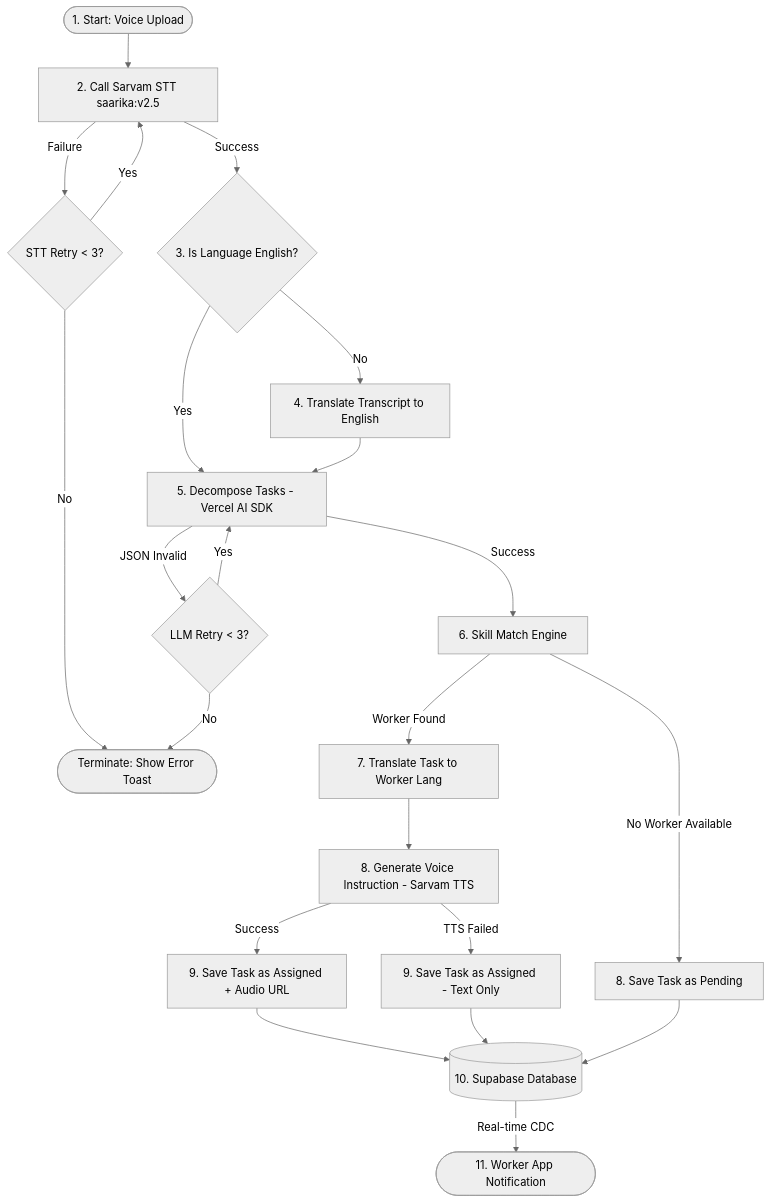
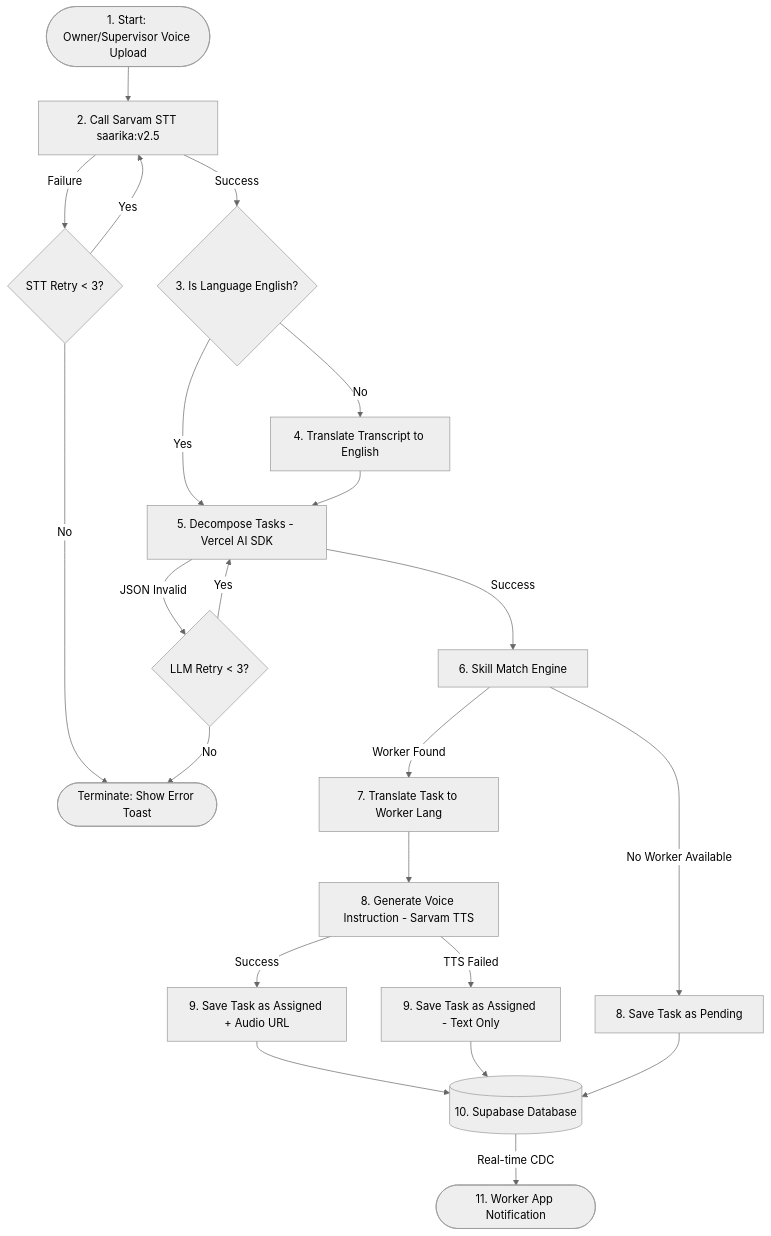
One commit to vamshi726/ai_staff_broker changed the second of 3 diagrams in README.md. Above: the diagram before and after it, drawn with Mermaid (neutral theme). The commit also changed other lines of this file, not shown here.

Commit message:
docs: add owner to sequence and architecture diagrams

````diff
--- a/README.md
+++ b/README.md
@@ -48,31 +48,31 @@
 ```mermaid
 graph TD
-    Start([1. Start: Voice Upload]) --> STT[2. Call Sarvam STT saarika:v2.5]
+    Start([1. Start: Owner/Supervisor Voice Upload]) --> STT[2. Call Sarvam STT saarika:v2.5]
     
     STT -->|Success| LangCheck{3. Is Language English?}
     STT -->|Failure| STTRetry{STT Retry < 3?}
     STTRetry -->|Yes| STT
     STTRetry -->|No| ErrorEnd([Terminate: Show Error Toast])
     
     LangCheck -->|No| TranslateEN[4. Translate Transcript to English]
     LangCheck -->|Yes| LLM[5. Decompose Tasks - Vercel AI SDK]
     TranslateEN --> LLM
     
     LLM -->|Success| Match[6. Skill Match Engine]
     LLM -->|JSON Invalid| LLMRetry{LLM Retry < 3?}
     LLMRetry -->|Yes| LLM
     LLMRetry -->|No| ErrorEnd
     
     Match -->|Worker Found| WorkerLang[7. Translate Task to Worker Lang]
     Match -->|No Worker Available| SavePending[8. Save Task as Pending]
     
     WorkerLang --> TTS[8. Generate Voice Instruction - Sarvam TTS]
     TTS -->|Success| SaveAssigned[9. Save Task as Assigned + Audio URL]
     TTS -->|TTS Failed| SaveAssignedNoAudio[9. Save Task as Assigned - Text Only]
     
     SaveAssigned --> DB[(10. Supabase Database)]
     SaveAssignedNoAudio --> DB
     SavePending --> DB
     
     DB -->|Real-time CDC| WorkerApp([11. Worker App Notification])
 ```
````
